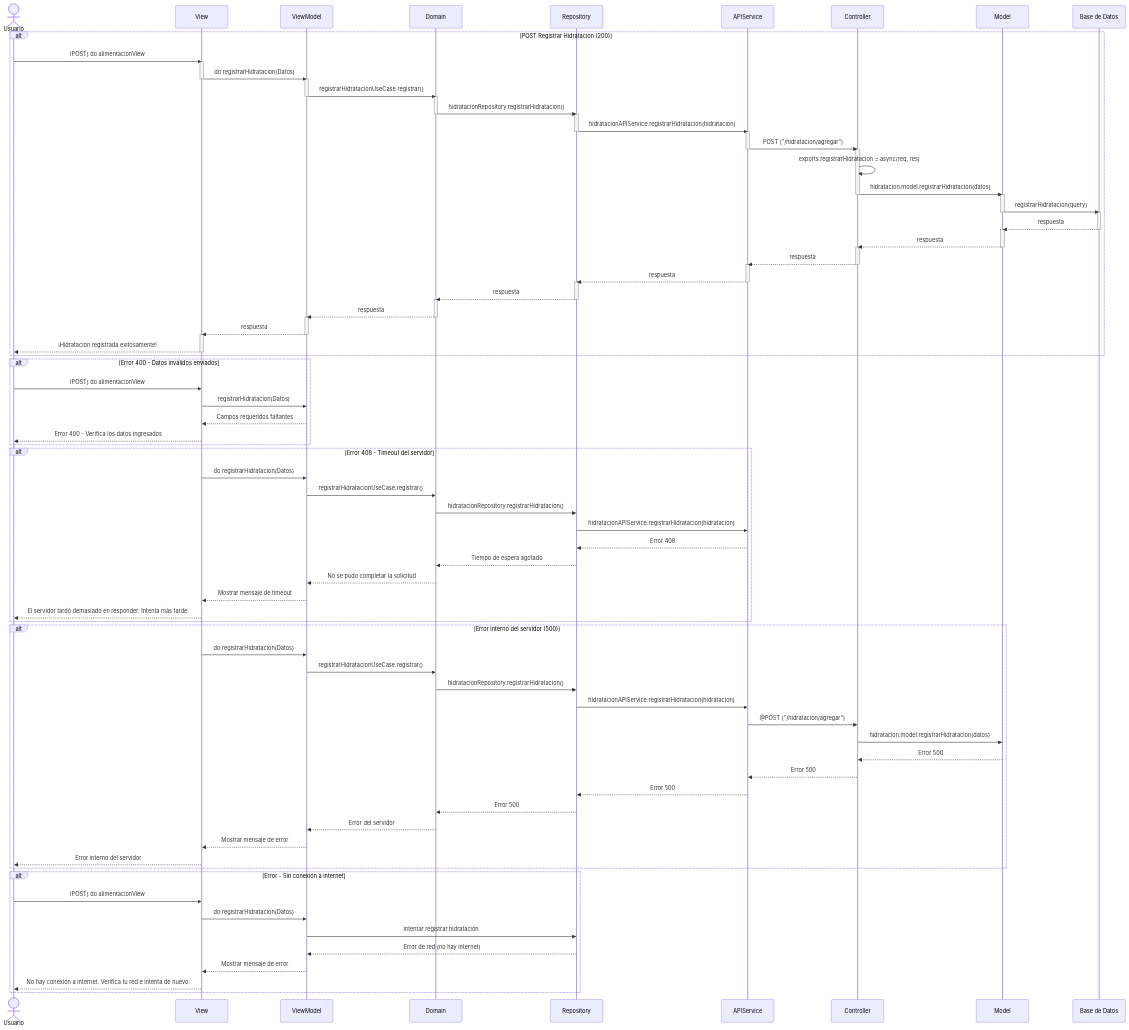
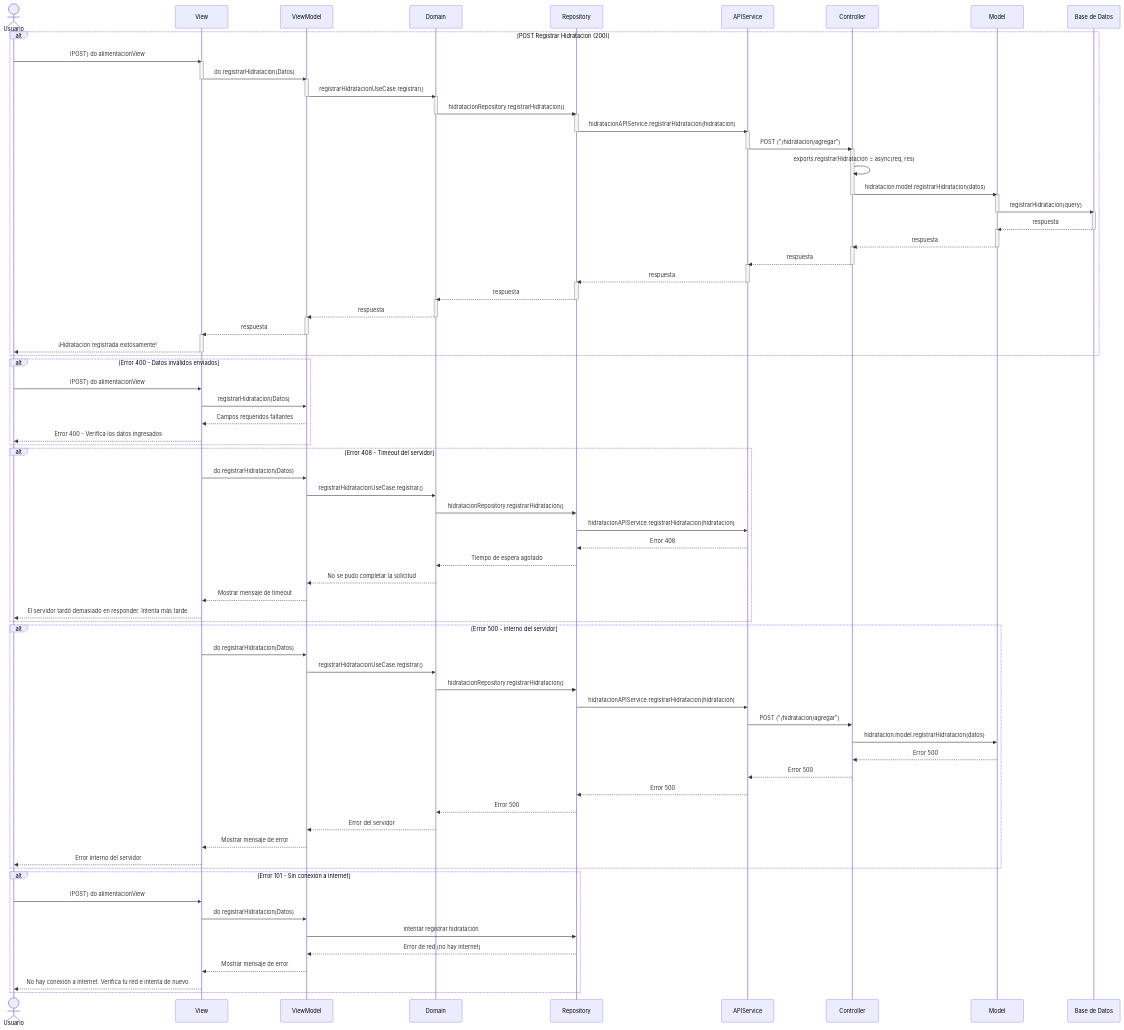
Before and after one commit to CodeAnd-Co/Documentacion: the diagram in documentation/docs/proyectos/larvas/documentacion/requisitos/RF36.md, drawn with Mermaid.

Commit message:
Agrega correciones

```diff
--- a/documentation/docs/proyectos/larvas/documentacion/requisitos/RF36.md
+++ b/documentation/docs/proyectos/larvas/documentacion/requisitos/RF36.md
@@ -102,12 +102,12 @@
     View-->>Usuario: El servidor tardó demasiado en responder. Intenta más tarde.
     end
 
-    alt Error interno del servidor (500)
+    alt Error 500 - interno del servidor
     View->>ViewModel: do registrarHidratacion(Datos)
     ViewModel->>Domain: registrarHidratacionUseCase.registrar()
     Domain->>Repository: hidratacionRepository.registrarHidratacion()
     Repository->>APIService: hidratacionAPIService.registrarHidratacion(hidratacion)
-    APIService->>Controller: @POST ("/hidratacion/agregar")
+    APIService->>Controller: POST ("/hidratacion/agregar")
     Controller->>Model: hidratacion.model.registrarHidratacion(datos)
     Model-->>Controller: Error 500
     Controller-->>APIService: Error 500
@@ -118,7 +118,7 @@
     View-->>Usuario: Error interno del servidor
     end
 
-    alt Error - Sin conexión a internet
+    alt Error 101 - Sin conexión a internet
     Usuario->>View: (POST) do alimentacionView
     View->>ViewModel: do registrarHidratacion(Datos)
     ViewModel->>Repository: intentar registrar hidratación
```
